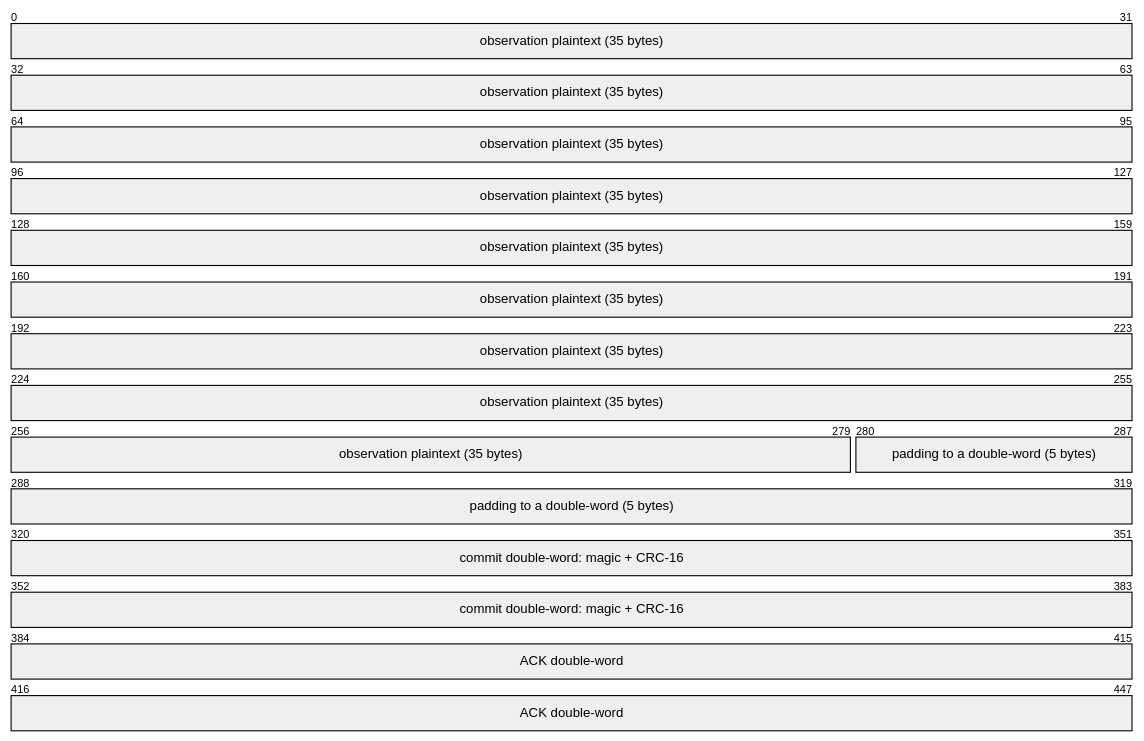
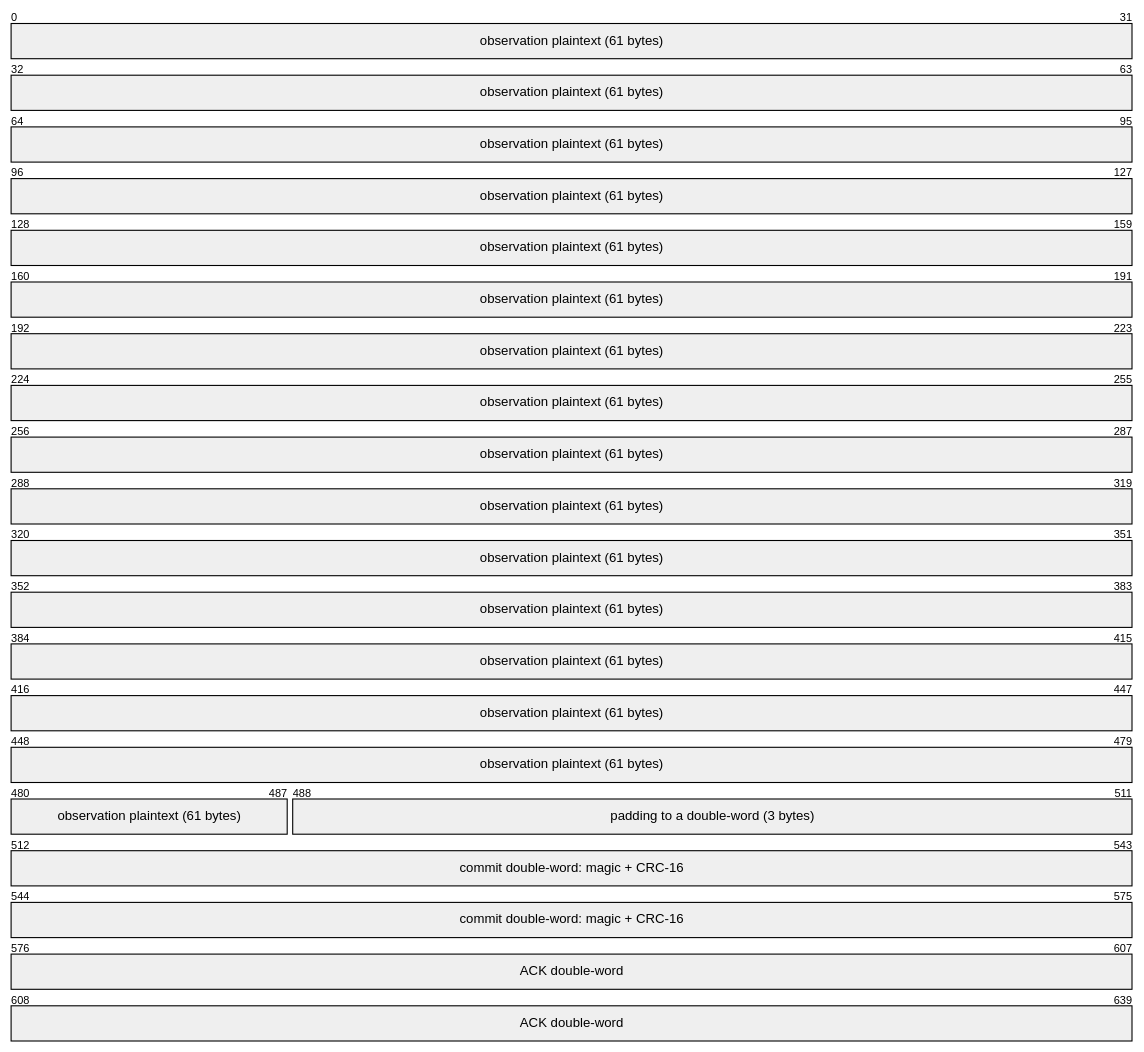
Before and after one commit to clintecker/weather-station-2026: the eighth of 8 diagrams in firmware/stage0-node/README.md, drawn with Mermaid. The commit also changed other lines of this file and 3 other files, not shown here.

````diff
--- a/firmware/stage0-node/README.md
+++ b/firmware/stage0-node/README.md
@@ -365,7 +365,7 @@
 ```mermaid
 packet-beta
-  0-279: "observation plaintext (35 bytes)"
-  280-319: "padding to a double-word (5 bytes)"
-  320-383: "commit double-word: magic + CRC-16"
-  384-447: "ACK double-word"
+  0-487: "observation plaintext (61 bytes)"
+  488-511: "padding to a double-word (3 bytes)"
+  512-575: "commit double-word: magic + CRC-16"
+  576-639: "ACK double-word"
 ```
````
